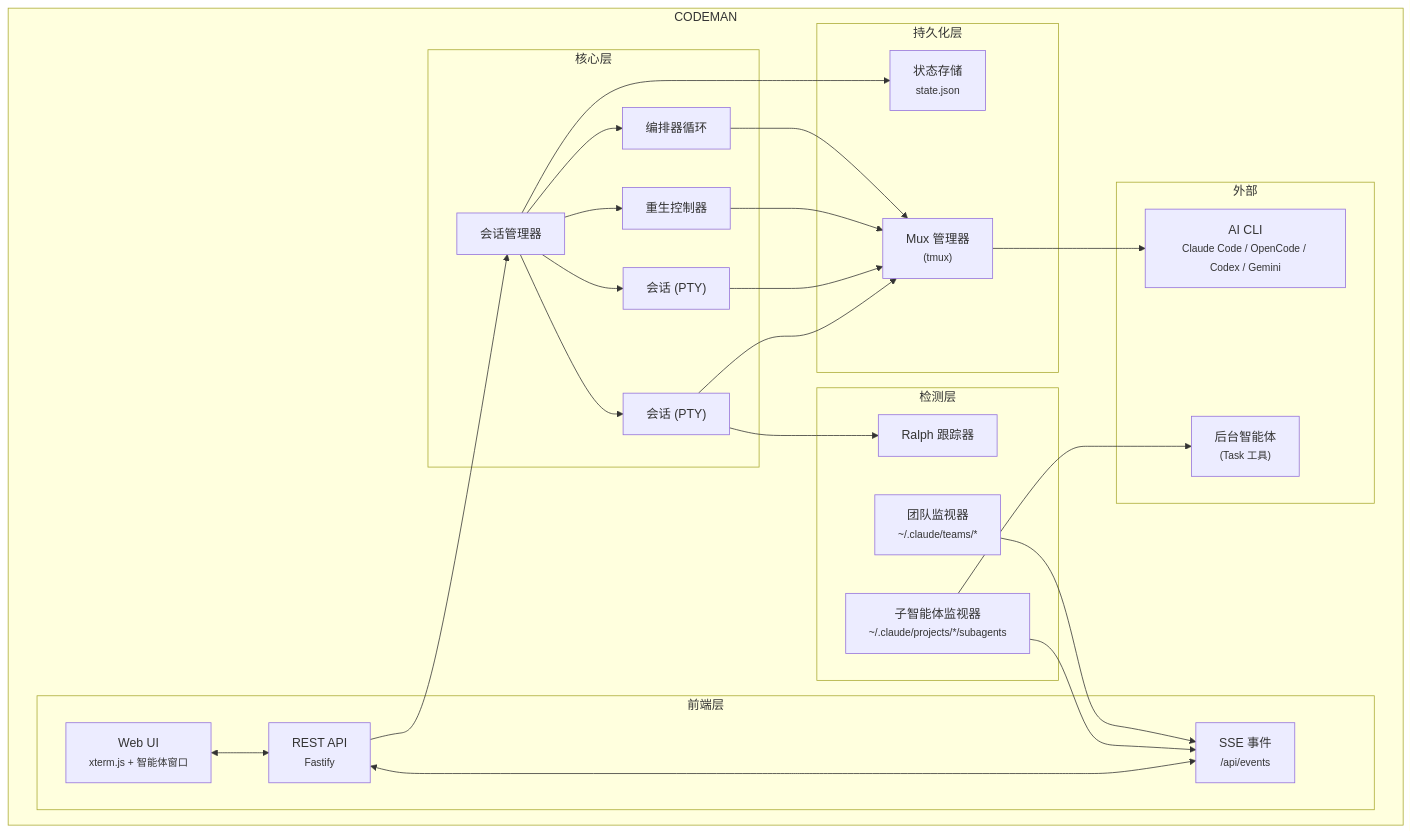
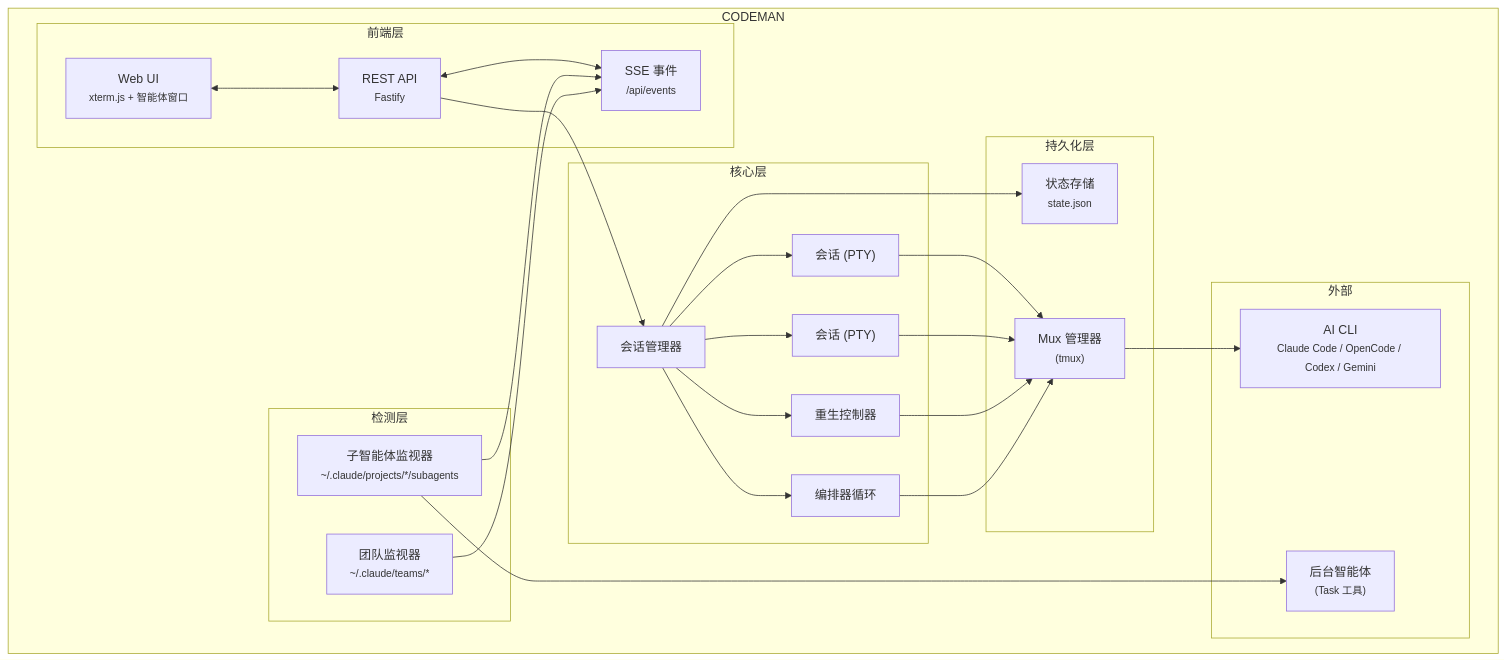
One commit to Ark0N/Claudeman changed the diagram in README.zh-CN.md. Above: the diagram before and after it, drawn with Mermaid. The commit also changed other lines of this file and 5 other files, not shown here.

````diff
--- a/README.zh-CN.md
+++ b/README.zh-CN.md
@@ -828,52 +820,50 @@
 ```mermaid
 flowchart TB
     subgraph Codeman["CODEMAN"]
         subgraph Frontend["前端层"]
             UI["Web UI<br/><small>xterm.js + 智能体窗口</small>"]
             API["REST API<br/><small>Fastify</small>"]
             SSE["SSE 事件<br/><small>/api/events</small>"]
         end
 
         subgraph Core["核心层"]
             SM["会话管理器"]
             S1["会话 (PTY)"]
             S2["会话 (PTY)"]
             RC["重生控制器"]
             ORC["编排器循环"]
         end
 
         subgraph Detection["检测层"]
-            RT["Ralph 跟踪器"]
             SW["子智能体监视器<br/><small>~/.claude/projects/*/subagents</small>"]
             TW["团队监视器<br/><small>~/.claude/teams/*</small>"]
         end
 
         subgraph Persistence["持久化层"]
             SCR["Mux 管理器<br/><small>(tmux)</small>"]
             SS["状态存储<br/><small>state.json</small>"]
         end
 
         subgraph External["外部"]
             CLI["AI CLI<br/><small>Claude Code / OpenCode / Codex / Gemini</small>"]
             BG["后台智能体<br/><small>(Task 工具)</small>"]
         end
     end
 
     UI <--> API
     API <--> SSE
     API --> SM
     SM --> S1
     SM --> S2
     SM --> RC
     SM --> ORC
     SM --> SS
-    S1 --> RT
     S1 --> SCR
     S2 --> SCR
     RC --> SCR
     ORC --> SCR
     SCR --> CLI
     SW --> BG
     SW --> SSE
     TW --> SSE
 ```
````
